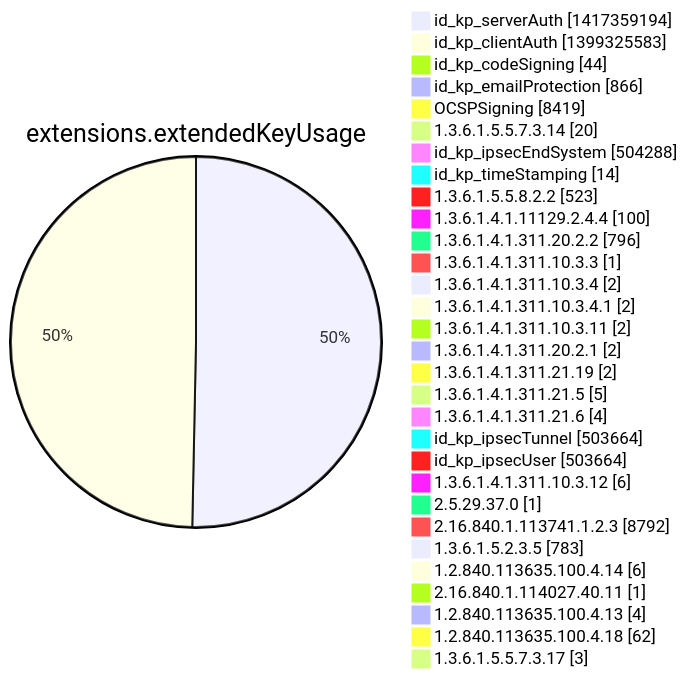
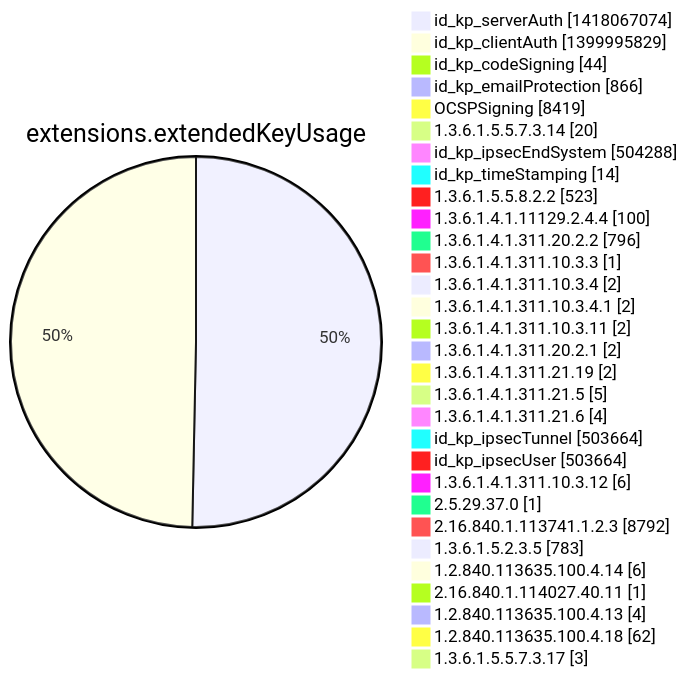
One commit to christiankrug/ctmonitor_visualization changed diagram 12 of 15 in argon2022/README.md. Above: the diagram before and after it, drawn with Mermaid. The commit also changed other lines of this file, not shown here.

````diff
--- a/argon2022/README.md
+++ b/argon2022/README.md
@@ -3555,34 +3555,34 @@
 ```mermaid
 pie showData
 title extensions.extendedKeyUsage
-"id_kp_serverAuth" :1417359194
-"id_kp_clientAuth" :1399325583
+"id_kp_serverAuth" :1418067074
+"id_kp_clientAuth" :1399995829
 "id_kp_codeSigning" :44
 "id_kp_emailProtection" :866
 "OCSPSigning" :8419
 "1.3.6.1.5.5.7.3.14" :20
 "id_kp_ipsecEndSystem" :504288
 "id_kp_timeStamping" :14
 "1.3.6.1.5.5.8.2.2" :523
 "1.3.6.1.4.1.11129.2.4.4" :100
 "1.3.6.1.4.1.311.20.2.2" :796
 "1.3.6.1.4.1.311.10.3.3" :1
 "1.3.6.1.4.1.311.10.3.4" :2
 "1.3.6.1.4.1.311.10.3.4.1" :2
 "1.3.6.1.4.1.311.10.3.11" :2
 "1.3.6.1.4.1.311.20.2.1" :2
 "1.3.6.1.4.1.311.21.19" :2
 "1.3.6.1.4.1.311.21.5" :5
 "1.3.6.1.4.1.311.21.6" :4
 "id_kp_ipsecTunnel" :503664
 "id_kp_ipsecUser" :503664
 "1.3.6.1.4.1.311.10.3.12" :6
 "2.5.29.37.0" :1
 "2.16.840.1.113741.1.2.3" :8792
 "1.3.6.1.5.2.3.5" :783
 "1.2.840.113635.100.4.14" :6
 "2.16.840.1.114027.40.11" :1
 "1.2.840.113635.100.4.13" :4
 "1.2.840.113635.100.4.18" :62
 "1.3.6.1.5.5.7.3.17" :3
 ```
````
